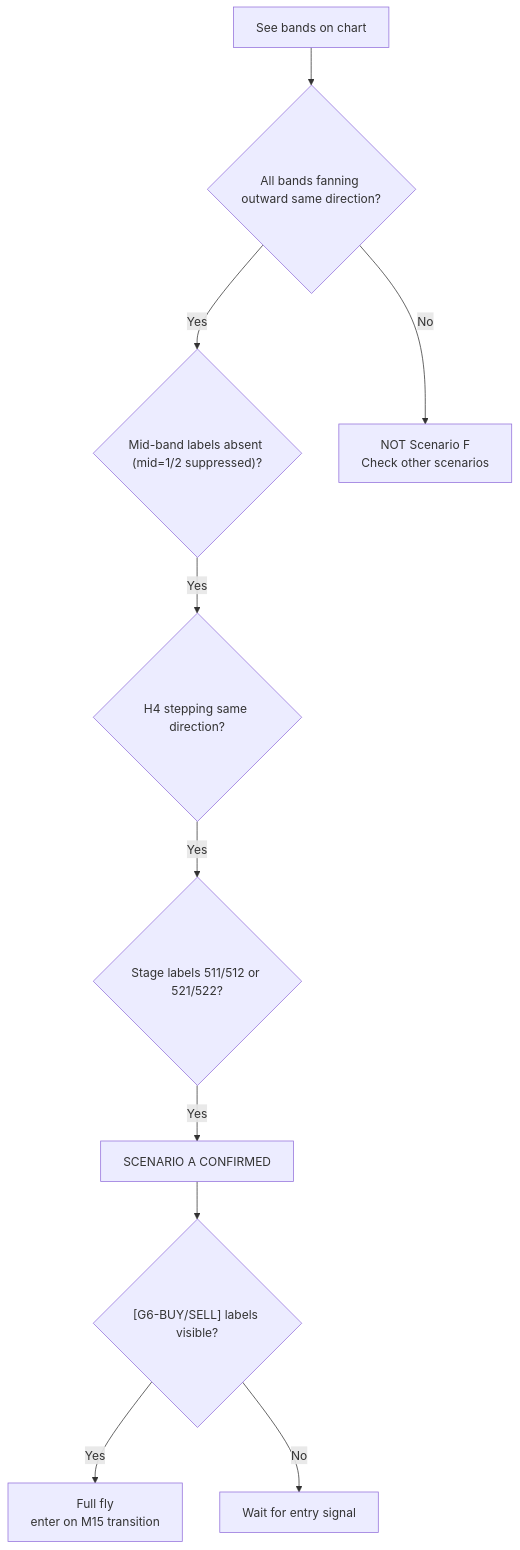
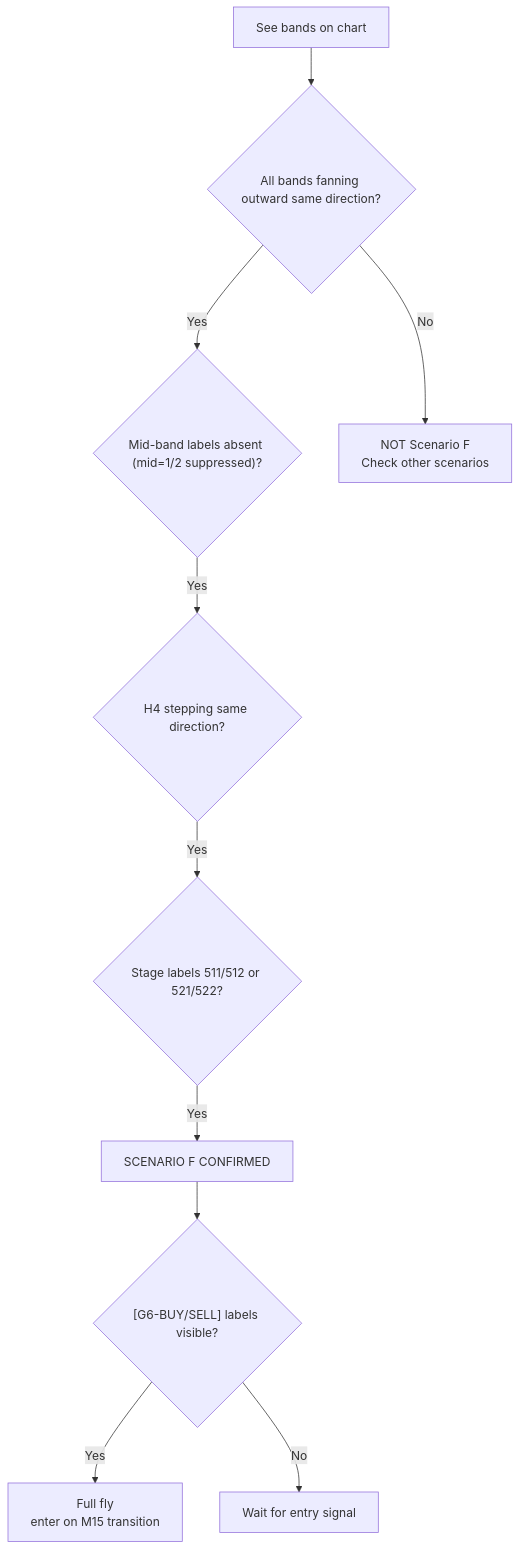
The fifth of 17 diagrams in references/backtest_chart_analysis.md (Terrypang89/BB_MTF_M15_STRATEGY), drawn with Mermaid before and after one commit. The commit also changed other lines of this file, not shown here.

First line of the commit message:
Complete scenario remap in backtest_chart_analysis.md

````diff
--- a/references/backtest_chart_analysis.md
+++ b/references/backtest_chart_analysis.md
@@ -1650,12 +1650,12 @@
 ```mermaid
 flowchart TD
     A["See bands on chart"] --> B{"All bands fanning outward same direction?"}
     B -->|Yes| C{"Mid-band labels absent (mid=1/2 suppressed)?"}
     C -->|Yes| D{"H4 stepping same direction?"}
     D -->|Yes| E{"Stage labels 511/512 or 521/522?"}
-    E -->|Yes| F["SCENARIO A CONFIRMED"]
+    E -->|Yes| F["SCENARIO F CONFIRMED"]
     F --> G{"[G6-BUY/SELL] labels visible?"}
     G -->|Yes| H["Full fly\nenter on M15 transition"]
     G -->|No| I["Wait for entry signal"]
     B -->|No| J["NOT Scenario F\nCheck other scenarios"]
 ```
````
